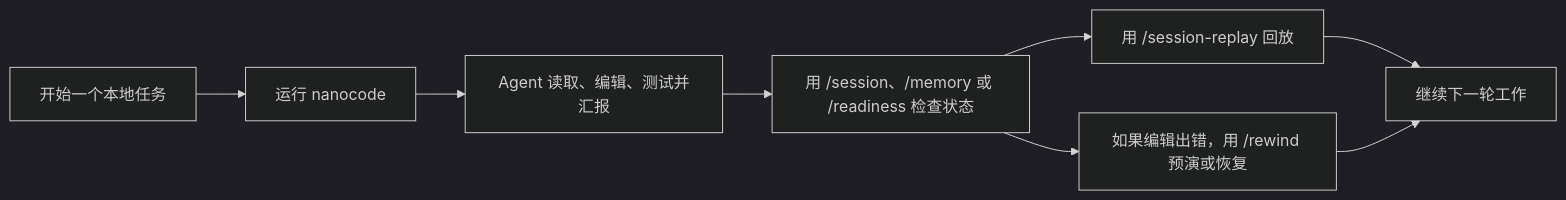
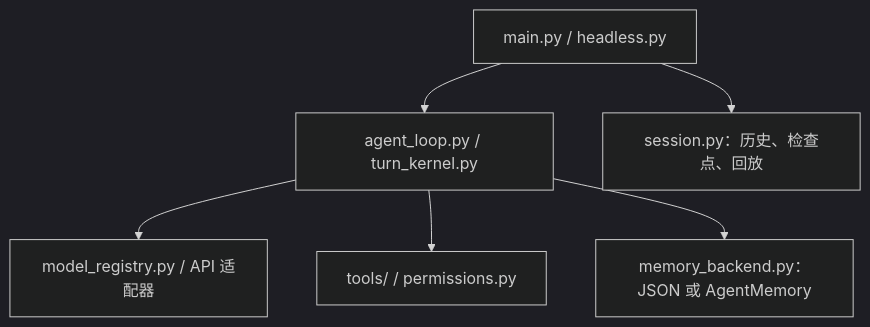
The diagram in README.zh-CN.md (Zz9468/Nanocode), drawn with Mermaid (dark theme) before and after one commit. The commit also changed other lines of this file and 498 other files, not shown here.

````diff
--- a/README.zh-CN.md
+++ b/README.zh-CN.md
@@ -165,10 +239,8 @@
 ```mermaid
-flowchart LR
-    Start["开始一个本地任务"] --> Run["运行 nanocode"]
-    Run --> Work["Agent 读取、编辑、测试并汇报"]
-    Work --> Inspect["用 /session、/memory 或 /readiness 检查状态"]
-    Inspect --> Replay["用 /session-replay 回放"]
-    Inspect --> Recover["如果编辑出错，用 /rewind 预演或恢复"]
-    Replay --> Continue["继续下一轮工作"]
-    Recover --> Continue
+flowchart TD
+    CLI["main.py / headless.py"] --> Loop["agent_loop.py / turn_kernel.py"]
+    Loop --> Model["model_registry.py / API 适配器"]
+    Loop --> Tools["tools/ / permissions.py"]
+    Loop --> Memory["memory_backend.py：JSON 或 AgentMemory"]
+    CLI --> Session["session.py：历史、检查点、回放"]
 ```
````
